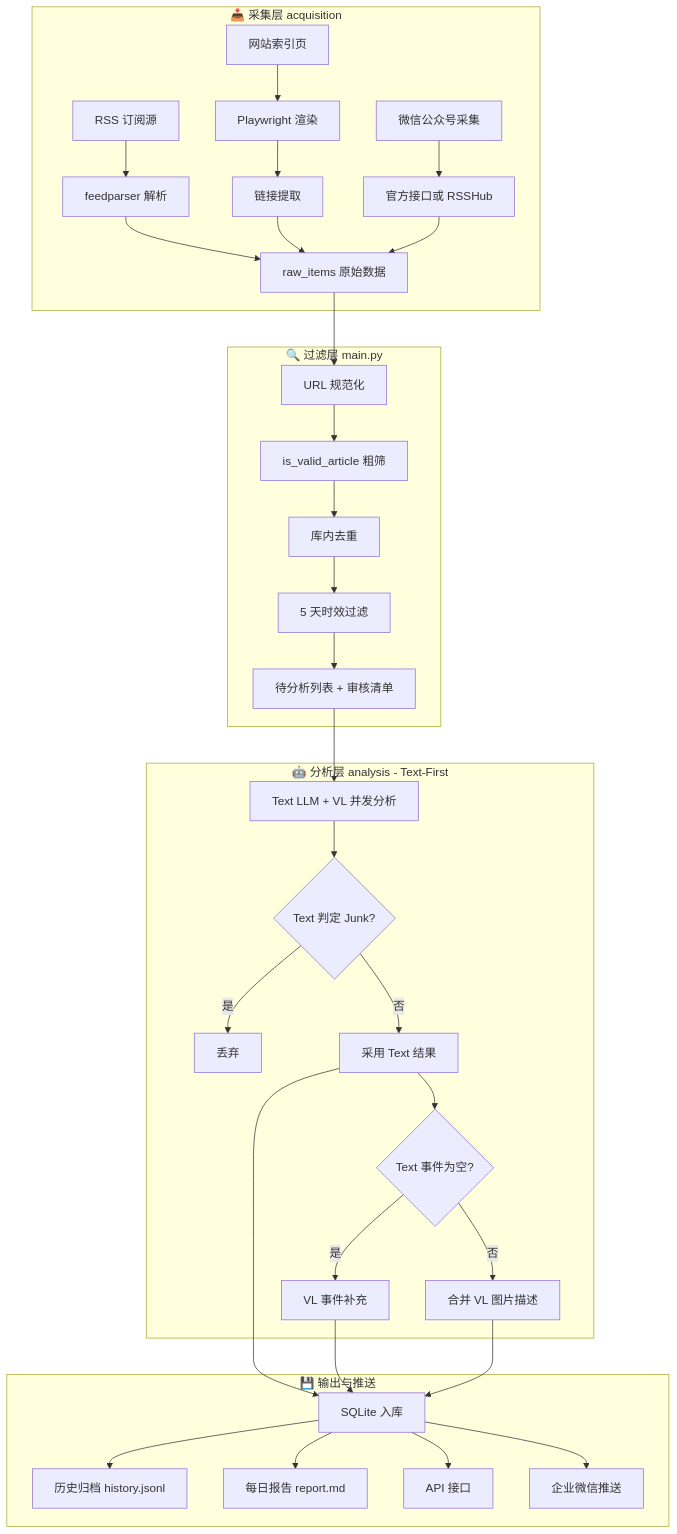
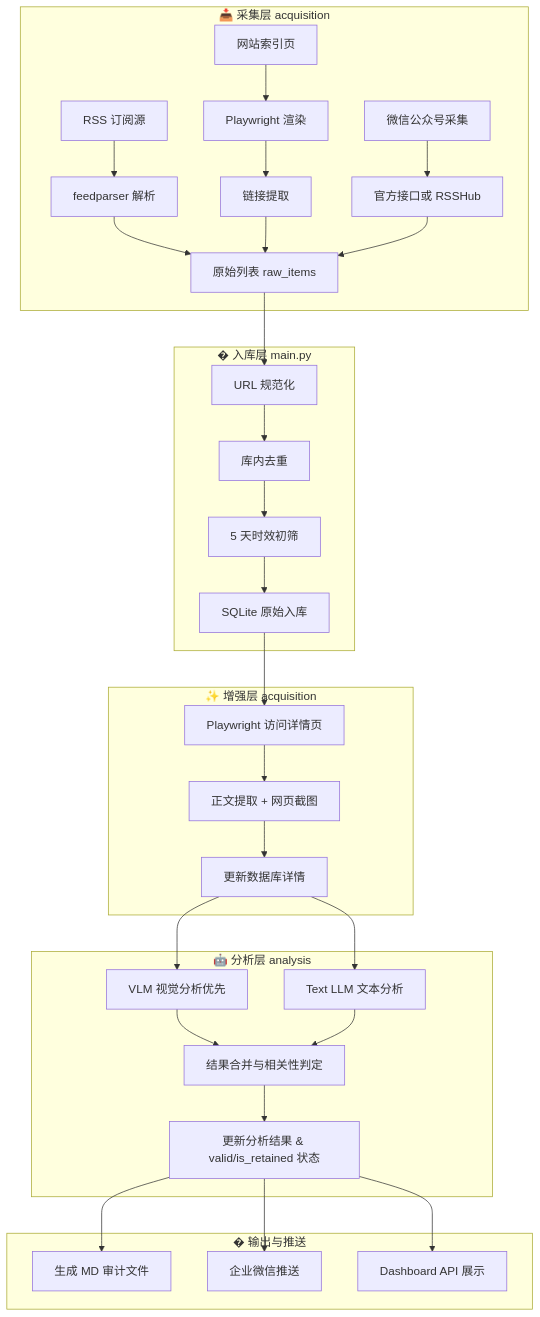
Before and after one commit to 0mao0/DredgeScope: the diagram in README.md, drawn with Mermaid. The commit also changed other lines of this file and 3 other files, not shown here.

````diff
--- a/README.md
+++ b/README.md
@@ -49,40 +52,37 @@
 ```mermaid
 flowchart TB
     subgraph 采集层["📥 采集层 acquisition"]
         A1[RSS 订阅源] --> A2[feedparser 解析]
         A3[网站索引页] --> A4[Playwright 渲染]
         A4 --> A5[链接提取]
         A6[微信公众号采集] --> A7[官方接口或 RSSHub]
-        A2 --> A8[raw_items 原始数据]
-        A5 --> A8
-        A7 --> A8
+        A8[原始列表 raw_items]
+        A2 & A5 & A7 --> A8
     end
 
-    subgraph 过滤层["🔍 过滤层 main.py"]
+    subgraph 入库层["� 入库层 main.py"]
         A8 --> B1[URL 规范化]
-        B1 --> B2[is_valid_article 粗筛]
-        B2 --> B3[库内去重]
-        B3 --> B4[5 天时效过滤]
-        B4 --> B5[待分析列表 + 审核清单]
+        B1 --> B2[库内去重]
+        B2 --> B3[5 天时效初筛]
+        B3 --> B4[SQLite 原始入库]
     end
 
-    subgraph 分析层["🤖 分析层 analysis - Text-First"]
-        B5 --> C1[Text LLM + VL 并发分析]
-        C1 --> C2{Text 判定 Junk?}
-        C2 -- 是 --> C3[丢弃]
-        C2 -- 否 --> C4[采用 Text 结果]
-        C4 --> C5{Text 事件为空?}
-        C5 -- 是 --> C6[VL 事件补充]
-        C5 -- 否 --> C7[合并 VL 图片描述]
+    subgraph 增强层["✨ 增强层 acquisition"]
+        B4 --> C1[Playwright 访问详情页]
+        C1 --> C2[正文提取 + 网页截图]
+        C2 --> C3[更新数据库详情]
     end
 
-    subgraph 输出与推送["💾 输出与推送"]
-        C4 --> D1[SQLite 入库]
-        C6 --> D1
-        C7 --> D1
-        D1 --> D2[历史归档 history.jsonl]
-        D1 --> D3[每日报告 report.md]
-        D1 --> D5[API 接口]
-        D1 --> PUSH[企业微信推送]
+    subgraph 分析层["🤖 分析层 analysis"]
+        C3 --> D1[VLM 视觉分析优先]
+        C3 --> D2[Text LLM 文本分析]
+        D1 & D2 --> D3[结果合并与相关性判定]
+        D3 --> D4[更新分析结果 & valid/is_retained 状态]
+    end
+
+    subgraph 输出层["� 输出与推送"]
+        D4 --> E1[生成 MD 审计文件]
+        D4 --> E2[企业微信推送]
+        D4 --> E3[Dashboard API 展示]
     end
 ```
````
